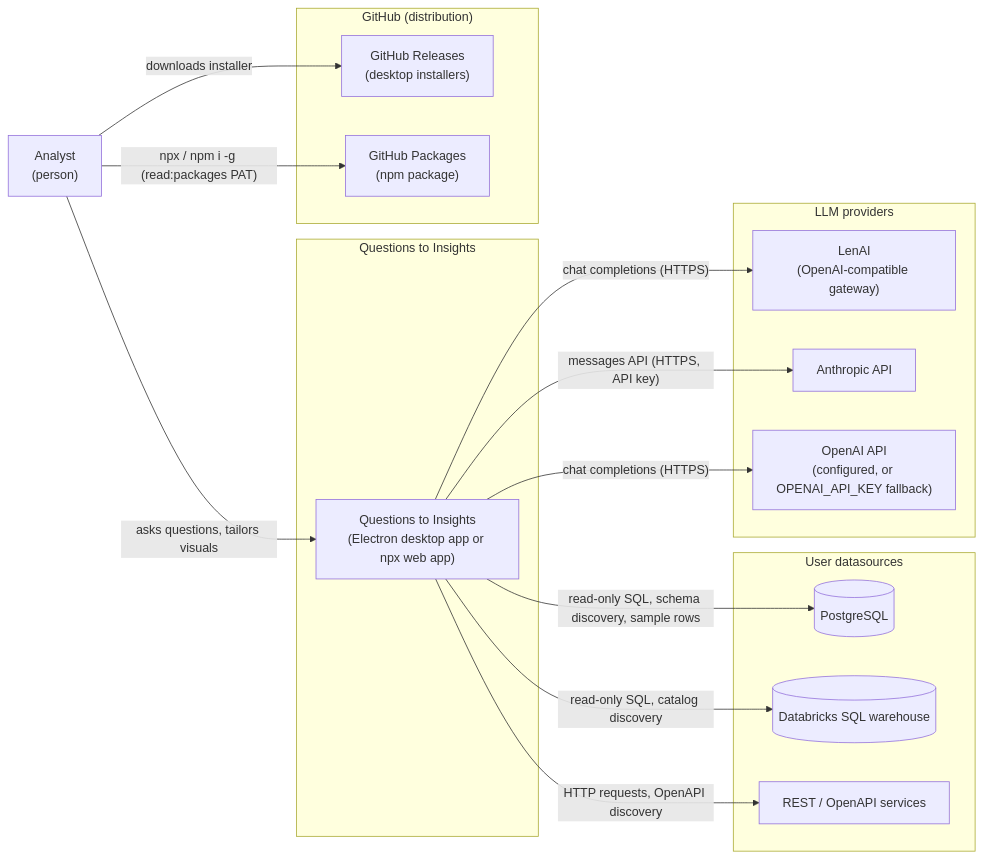
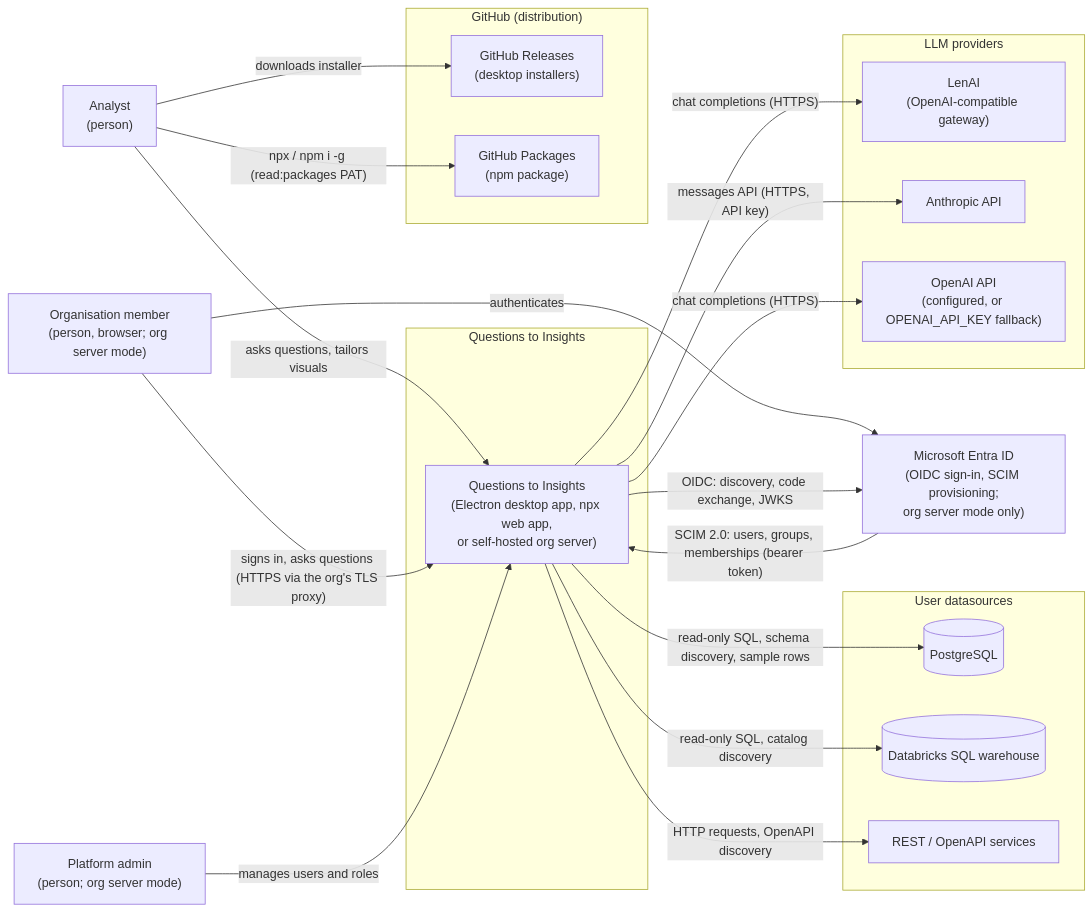
The first of 5 diagrams in specs/system/architecture.md (jhon-buendia-halo/bi-assistant), drawn with Mermaid before and after one commit. The commit also changed other lines of this file and 21 other files, not shown here.

Commit message:
docs(BA-163): specify sign-in, directory, roles, enforcement and owner scoping

````diff
--- a/specs/system/architecture.md
+++ b/specs/system/architecture.md
@@ -20,35 +20,44 @@
 ```mermaid
 flowchart LR
   analyst["Analyst<br/>(person)"]
+  member["Organisation member<br/>(person, browser; org server mode)"]
+  admin["Platform admin<br/>(person; org server mode)"]
 
   subgraph qti["Questions to Insights"]
-    system["Questions to Insights<br/>(Electron desktop app or npx web app)"]
+    system["Questions to Insights<br/>(Electron desktop app, npx web app,<br/>or self-hosted org server)"]
   end
+
+  idp["Microsoft Entra ID<br/>(OIDC sign-in, SCIM provisioning;<br/>org server mode only)"]
 
   subgraph sources["User datasources"]
     pg[("PostgreSQL")]
     dbx[("Databricks SQL warehouse")]
     rest["REST / OpenAPI services"]
   end
 
   subgraph llms["LLM providers"]
     lenai["LenAI<br/>(OpenAI-compatible gateway)"]
     anthropic["Anthropic API"]
     openai["OpenAI API<br/>(configured, or OPENAI_API_KEY fallback)"]
   end
 
   subgraph gh["GitHub (distribution)"]
     releases["GitHub Releases<br/>(desktop installers)"]
     packages["GitHub Packages<br/>(npm package)"]
   end
 
   analyst -->|"asks questions, tailors visuals"| system
+  member -->|"signs in, asks questions (HTTPS via the org's TLS proxy)"| system
+  admin -->|"manages users and roles"| system
+  member -->|"authenticates"| idp
+  system -->|"OIDC: discovery, code exchange, JWKS"| idp
+  idp -->|"SCIM 2.0: users, groups, memberships (bearer token)"| system
   analyst -->|"downloads installer"| releases
   analyst -->|"npx / npm i -g (read:packages PAT)"| packages
   system -->|"read-only SQL, schema discovery, sample rows"| pg
   system -->|"read-only SQL, catalog discovery"| dbx
   system -->|"HTTP requests, OpenAPI discovery"| rest
   system -->|"chat completions (HTTPS)"| lenai
   system -->|"messages API (HTTPS, API key)"| anthropic
   system -->|"chat completions (HTTPS)"| openai
 ```
````
